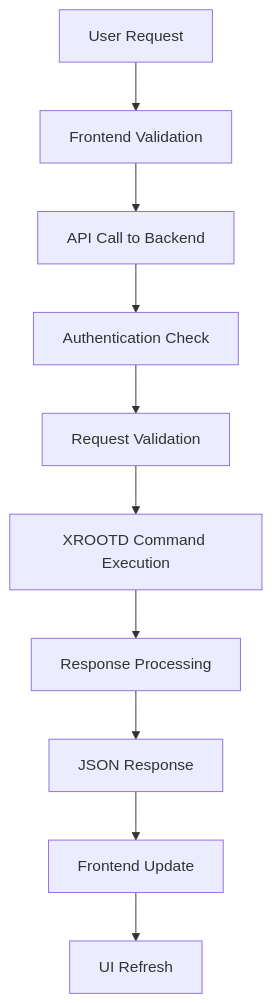
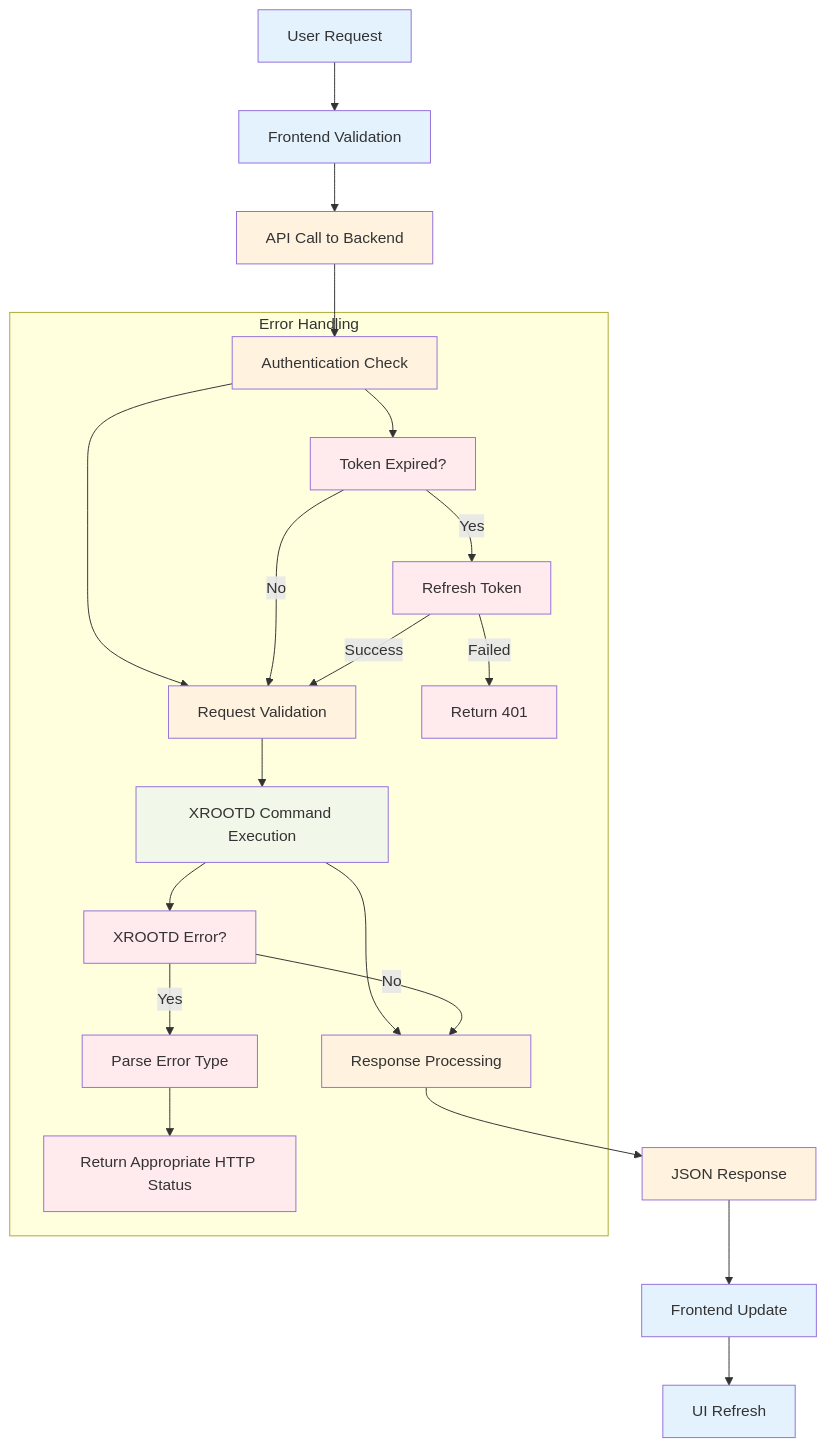
The fifth of 7 diagrams in docs/ARCHITECTURE.md (AnarManafov/dataharbor), drawn with Mermaid before and after one commit. The commit also changed other lines of this file and 25 other files, not shown here.

````diff
--- a/docs/ARCHITECTURE.md
+++ b/docs/ARCHITECTURE.md
@@ -142,12 +264,35 @@
 ```mermaid
 flowchart TD
     A[User Request] --> B[Frontend Validation]
     B --> C[API Call to Backend]
     C --> D[Authentication Check]
     D --> E[Request Validation]
     E --> F[XROOTD Command Execution]
     F --> G[Response Processing]
     G --> H[JSON Response]
     H --> I[Frontend Update]
     I --> J[UI Refresh]
+    
+    subgraph "Error Handling"
+        D --> D1[Token Expired?]
+        D1 -->|Yes| D2[Refresh Token]
+        D1 -->|No| E
+        D2 -->|Success| E
+        D2 -->|Failed| D3[Return 401]
+        
+        F --> F1[XROOTD Error?]
+        F1 -->|Yes| F2[Parse Error Type]
+        F1 -->|No| G
+        F2 --> F3[Return Appropriate HTTP Status]
+    end
+    
+    classDef frontend fill:#e3f2fd
+    classDef backend fill:#fff3e0
+    classDef xrootd fill:#f1f8e9
+    classDef error fill:#ffebee
+    
+    class A,B,I,J frontend
+    class C,D,E,G,H backend
+    class F xrootd
+    class D1,D2,D3,F1,F2,F3 error
 ```
````
